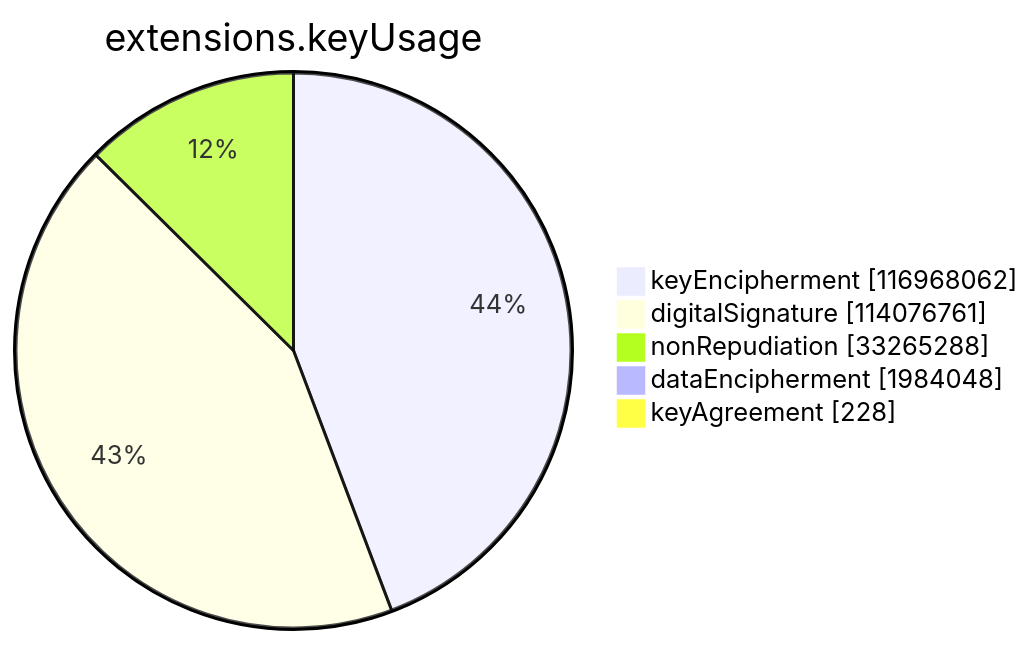
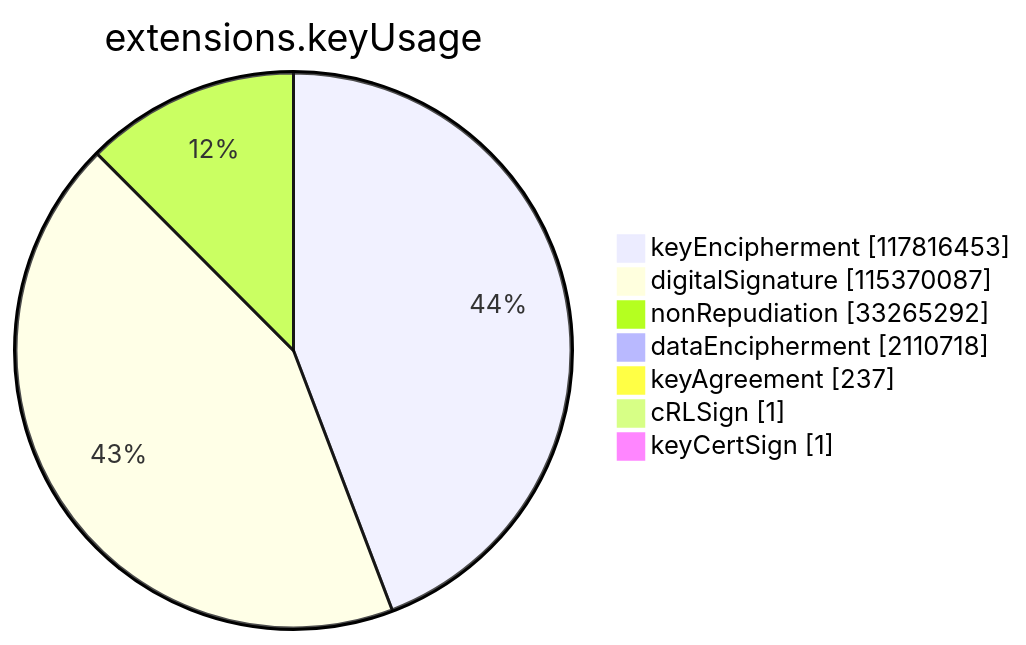
One commit to christiankrug/ctmonitor_visualization changed the sixth of 15 diagrams in xenon2023/README.md. Above: the diagram before and after it, drawn with Mermaid. The commit also changed other lines of this file, not shown here.

````diff
--- a/xenon2023/README.md
+++ b/xenon2023/README.md
@@ -2137,9 +2138,11 @@
 ```mermaid
 pie showData
 title extensions.keyUsage
-"keyEncipherment" :116968062
-"digitalSignature" :114076761
-"nonRepudiation" :33265288
-"dataEncipherment" :1984048
-"keyAgreement" :228
+"keyEncipherment" :117816453
+"digitalSignature" :115370087
+"nonRepudiation" :33265292
+"dataEncipherment" :2110718
+"keyAgreement" :237
+"cRLSign" :1
+"keyCertSign" :1
 ```
````
